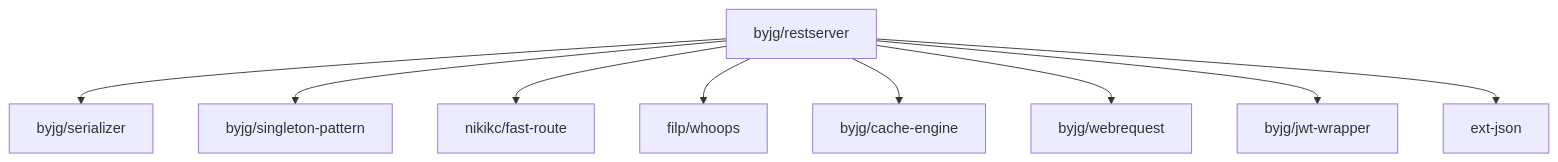
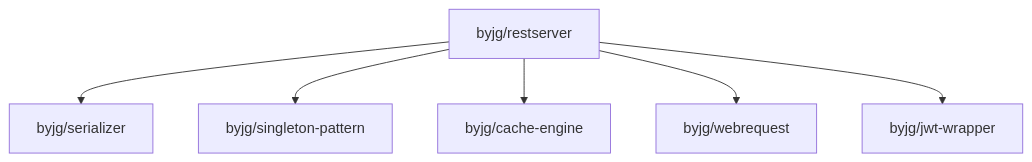
Before and after one commit to byjg/php-restserver: the diagram in README.md, drawn with Mermaid. The commit also changed other lines of this file and 13 other files, not shown here.

````diff
--- a/README.md
+++ b/README.md
@@ -54,11 +54,8 @@
 ```mermaid
 flowchart TD
-   byjg/restserver --> byjg/serializer
-   byjg/restserver --> byjg/singleton-pattern
-   byjg/restserver --> nikikc/fast-route
-   byjg/restserver --> filp/whoops
-   byjg/restserver --> byjg/cache-engine
-   byjg/restserver --> byjg/webrequest
-   byjg/restserver --> byjg/jwt-wrapper
-   byjg/restserver --> ext-json
+    byjg/restserver --> byjg/serializer
+    byjg/restserver --> byjg/singleton-pattern
+    byjg/restserver --> byjg/cache-engine
+    byjg/restserver --> byjg/webrequest
+    byjg/restserver --> byjg/jwt-wrapper
 ```
````
